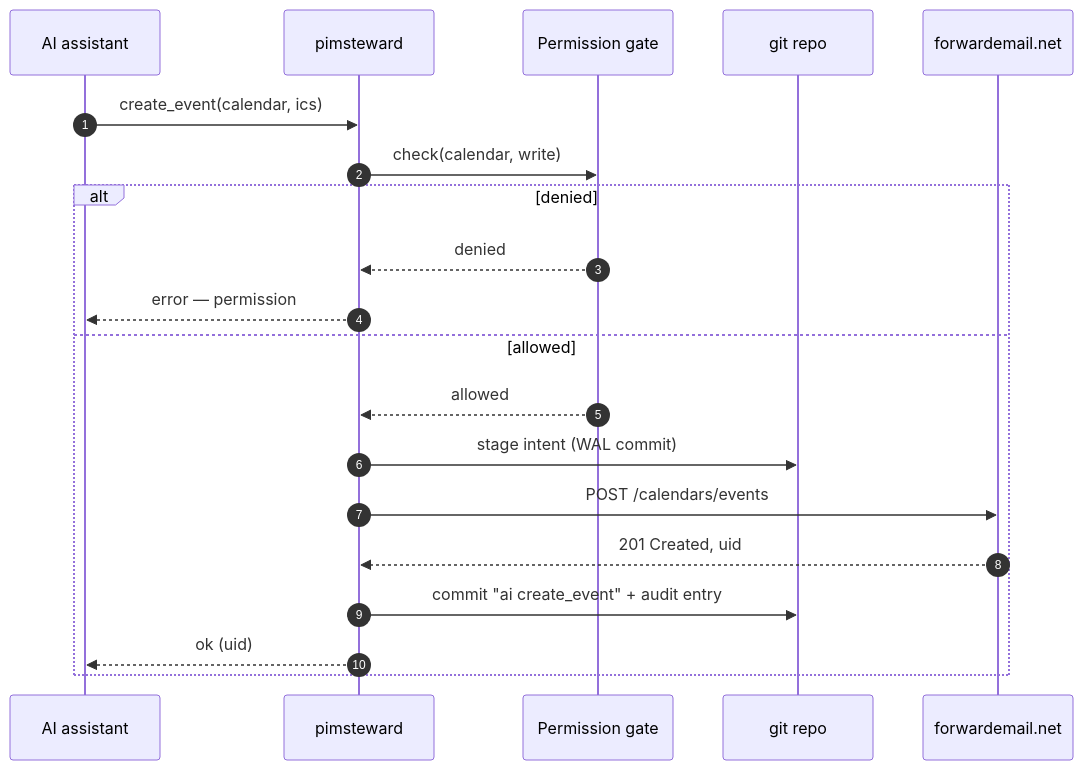
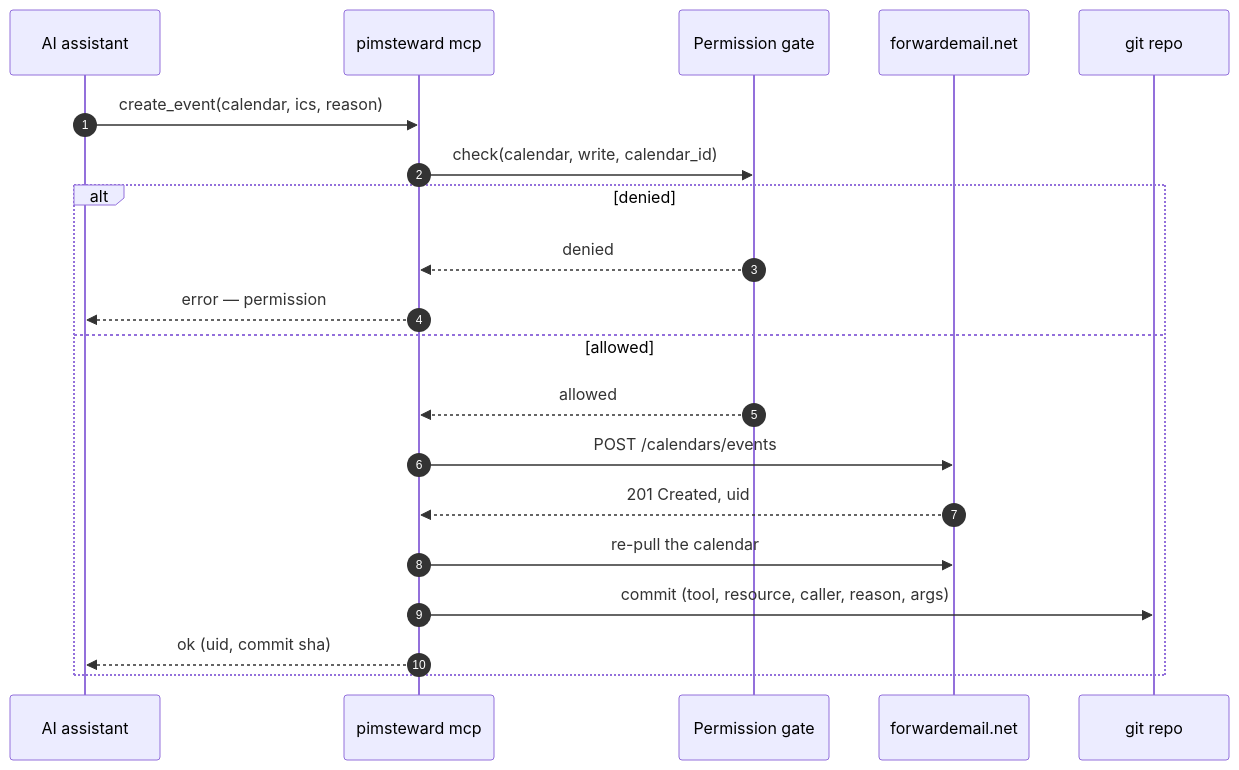
The second of 3 diagrams in README.md (dcardamo/pimsteward), drawn with Mermaid before and after one commit. The commit also changed other lines of this file, not shown here.

````diff
--- a/README.md
+++ b/README.md
@@ -237,23 +246,23 @@
 ```mermaid
 sequenceDiagram
     autonumber
     participant AI as AI assistant
-    participant MCP as pimsteward
+    participant MCP as pimsteward mcp
     participant P as Permission gate
+    participant FE as forwardemail.net
     participant G as git repo
-    participant FE as forwardemail.net
 
-    AI->>MCP: create_event(calendar, ics)
-    MCP->>P: check(calendar, write)
+    AI->>MCP: create_event(calendar, ics, reason)
+    MCP->>P: check(calendar, write, calendar_id)
     alt denied
         P-->>MCP: denied
         MCP-->>AI: error — permission
     else allowed
         P-->>MCP: allowed
-        MCP->>G: stage intent (WAL commit)
         MCP->>FE: POST /calendars/events
         FE-->>MCP: 201 Created, uid
-        MCP->>G: commit "ai create_event" + audit entry
-        MCP-->>AI: ok (uid)
+        MCP->>FE: re-pull the calendar
+        MCP->>G: commit (tool, resource, caller, reason, args)
+        MCP-->>AI: ok (uid, commit sha)
     end
 ```
````
